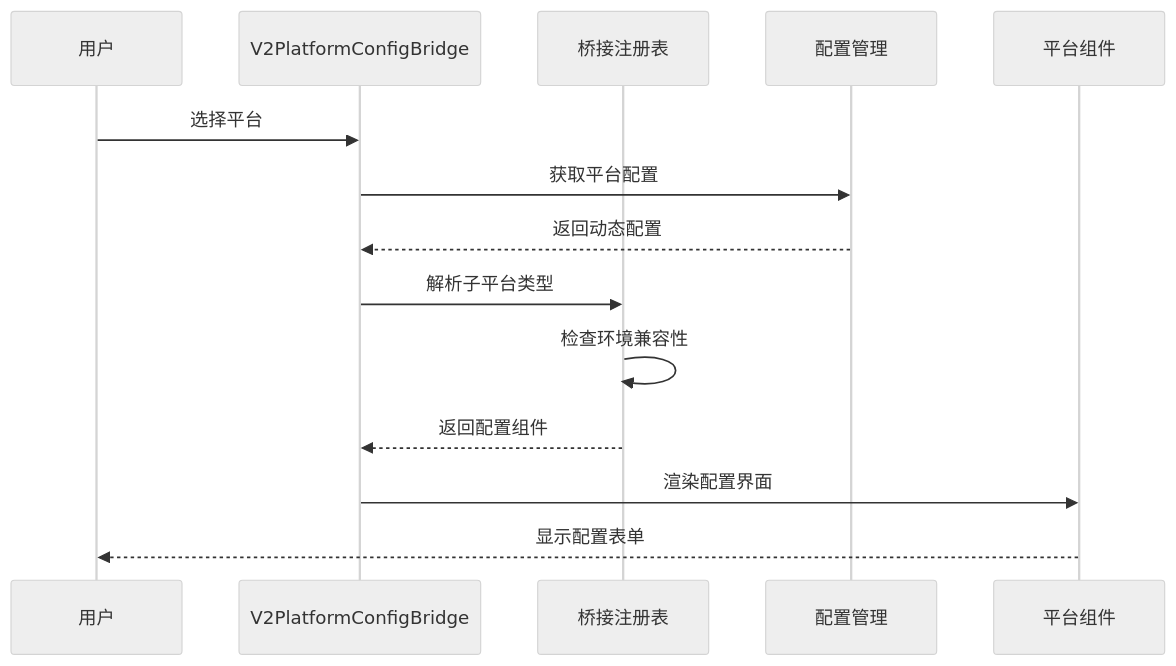
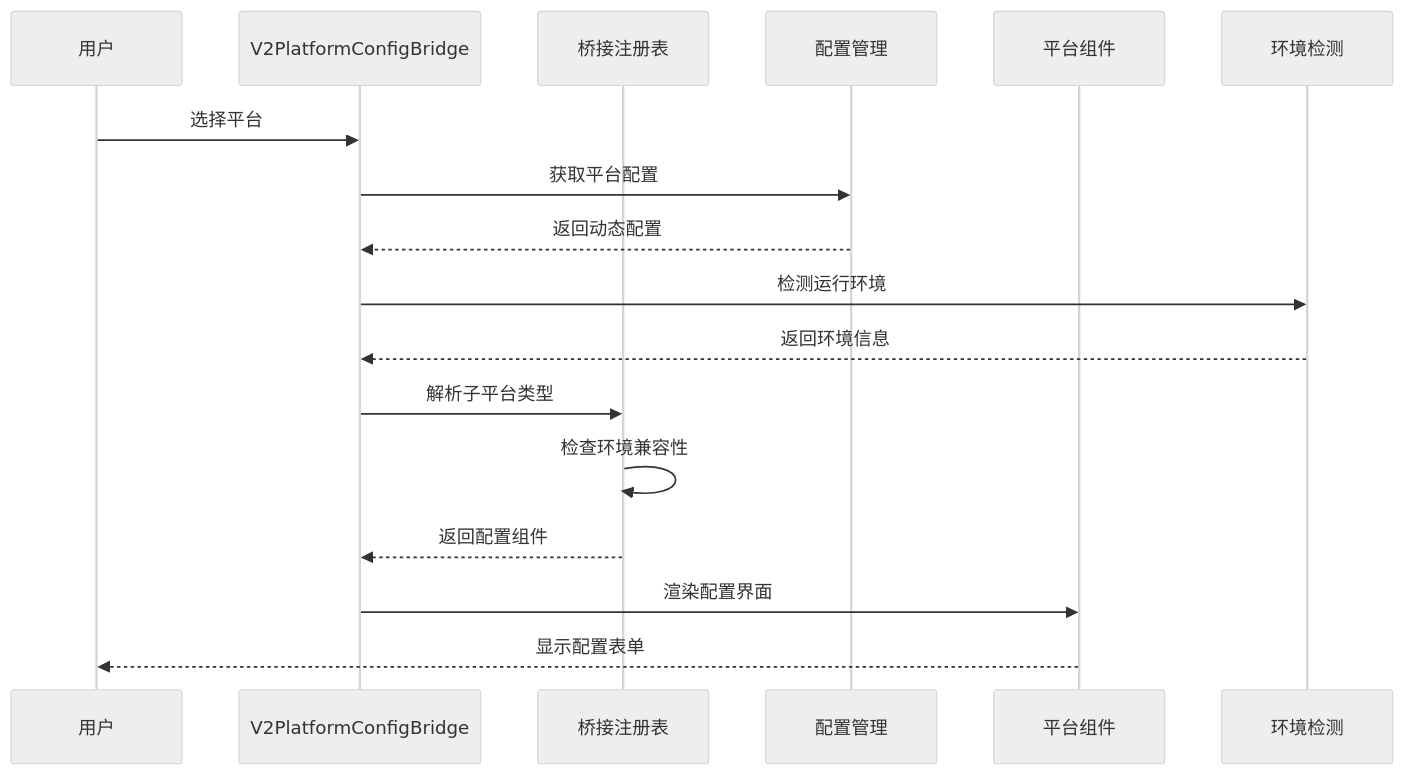
Before and after one commit to terwer/siyuan-plugin-publisher: the second of 7 diagrams in .qoder/repowiki/zh/content/V2 平台配置桥组件.md, drawn with Mermaid (neutral theme). The commit also changed other lines of this file and 49 other files, not shown here.

````diff
--- a/.qoder/repowiki/zh/content/V2 平台配置桥组件.md
+++ b/.qoder/repowiki/zh/content/V2 平台配置桥组件.md
@@ -136,16 +156,19 @@
 ```mermaid
 sequenceDiagram
 participant User as 用户
 participant Bridge as V2PlatformConfigBridge
 participant Registry as 桥接注册表
 participant Config as 配置管理
 participant Platform as 平台组件
+participant Env as 环境检测
 User->>Bridge : 选择平台
 Bridge->>Config : 获取平台配置
 Config-->>Bridge : 返回动态配置
+Bridge->>Env : 检测运行环境
+Env-->>Bridge : 返回环境信息
 Bridge->>Registry : 解析子平台类型
 Registry->>Registry : 检查环境兼容性
 Registry-->>Bridge : 返回配置组件
 Bridge->>Platform : 渲染配置界面
 Platform-->>User : 显示配置表单
 ```
````
